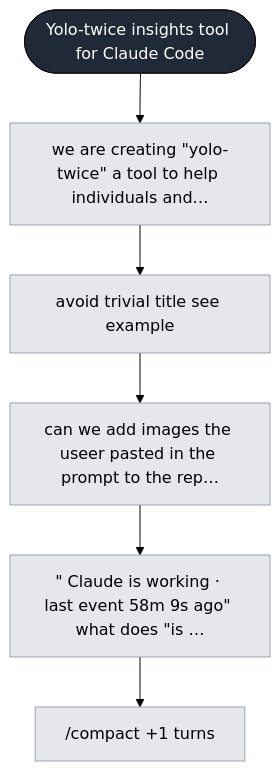
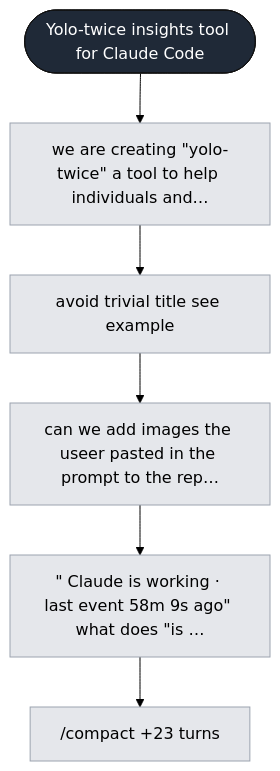
The diagram in .yolo-twice/sessions/34b27ceb-5af1-4142-8334-ab80a4310636/graph.L1.mmd (bar9/yolo-twice), drawn with Mermaid (forest theme) before and after one commit. The commit also changed 53 other files, not shown here.

```diff
--- a/.yolo-twice/sessions/34b27ceb-5af1-4142-8334-ab80a4310636/graph.L1.mmd
+++ b/.yolo-twice/sessions/34b27ceb-5af1-4142-8334-ab80a4310636/graph.L1.mmd
@@ -1,27 +1,27 @@
 flowchart TD
   s_34b27ceb_5af1_4142_8334_ab80a4310636(["Yolo-twice insights tool for Claude Code"])
   p1["we are creating #quot;yolo-twice#quot; a tool to help individuals and…"]
   p2["avoid trivial title see example"]
   p3["can we add images the useer pasted in the prompt to the rep…"]
   p4["#quot; Claude is working · last event 58m 9s ago#quot; what does #quot;is …"]
-  p5["/compact  +1 turns "]
+  p5["/compact  +23 turns "]
   s_34b27ceb_5af1_4142_8334_ab80a4310636 --> p1
   p1 --> p2
   p2 --> p3
   p3 --> p4
   p4 --> p5
   classDef session fill:#1f2937,color:#fff,stroke:#111;
   classDef phase fill:#e5e7eb,stroke:#9ca3af;
   classDef turn fill:#dbeafe,stroke:#60a5fa;
   classDef branch fill:#fde68a,stroke:#d97706;
   classDef subagent fill:#ede9fe,stroke:#8b5cf6;
   classDef tool fill:#dcfce7,stroke:#22c55e;
   classDef error fill:#fee2e2,stroke:#ef4444;
   classDef text fill:#f3f4f6,stroke:#9ca3af;
   classDef thinking fill:#f3f4f6,stroke:#d1d5db,stroke-dasharray: 3 3;
   class s_34b27ceb_5af1_4142_8334_ab80a4310636 session;
   class p1 phase;
   class p2 phase;
   class p3 phase;
   class p4 phase;
   class p5 phase;
```
